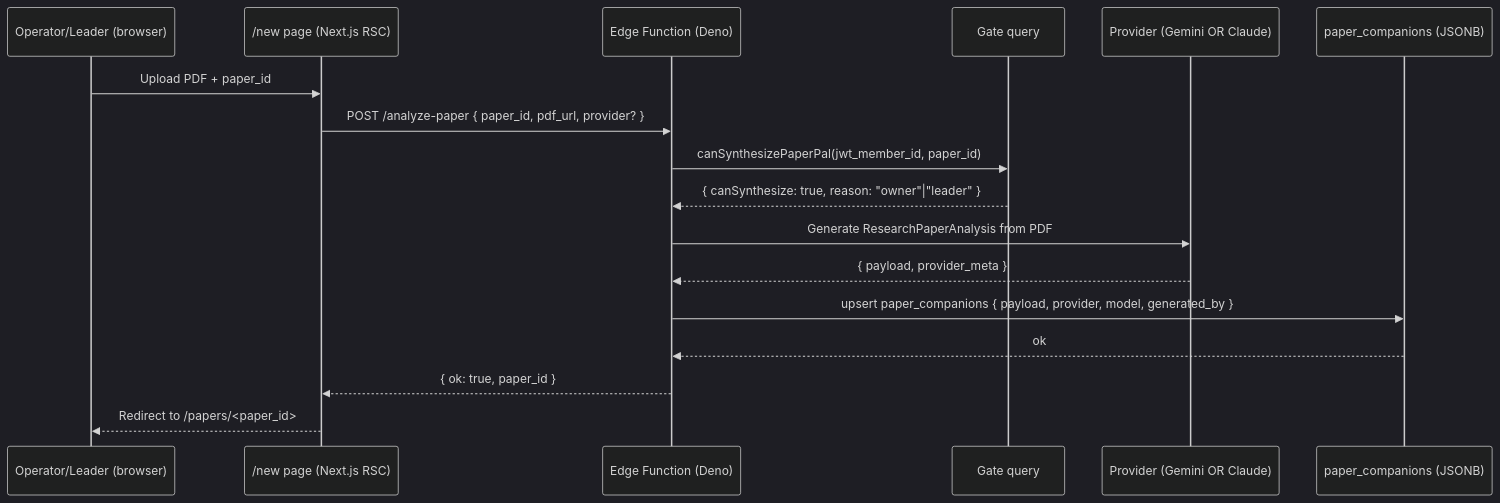
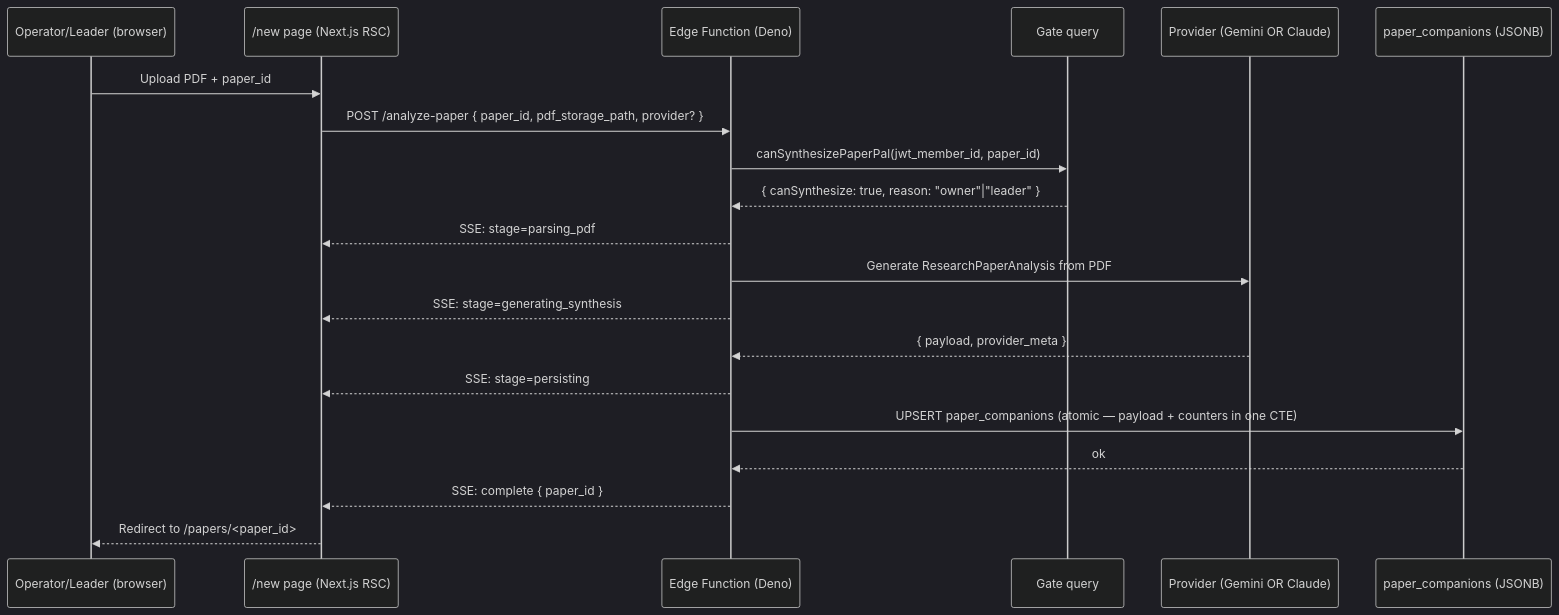
One commit to mrojas54/wids-nyc-reading-group-assistant changed the diagram in docs/superpowers/specs/2026-05-17-paper-pal-edge-functions.md. Above: the diagram before and after it, drawn with Mermaid (dark theme). The commit also changed other lines of this file, not shown here.

First line of the commit message:
docs(paper-pal): address review issues — SSE-over-POST, RLS, backfill

````diff
--- a/docs/superpowers/specs/2026-05-17-paper-pal-edge-functions.md
+++ b/docs/superpowers/specs/2026-05-17-paper-pal-edge-functions.md
@@ -29,20 +29,23 @@
 ```mermaid
 sequenceDiagram
   participant U as Operator/Leader (browser)
   participant N as /new page (Next.js RSC)
   participant EF as Edge Function (Deno)
   participant Q as Gate query
   participant P as Provider (Gemini OR Claude)
   participant DB as paper_companions (JSONB)
 
   U->>N: Upload PDF + paper_id
-  N->>EF: POST /analyze-paper { paper_id, pdf_url, provider? }
+  N->>EF: POST /analyze-paper { paper_id, pdf_storage_path, provider? }
   EF->>Q: canSynthesizePaperPal(jwt_member_id, paper_id)
   Q-->>EF: { canSynthesize: true, reason: "owner"|"leader" }
+  EF-->>N: SSE: stage=parsing_pdf
   EF->>P: Generate ResearchPaperAnalysis from PDF
+  EF-->>N: SSE: stage=generating_synthesis
   P-->>EF: { payload, provider_meta }
-  EF->>DB: upsert paper_companions { payload, provider, model, generated_by }
+  EF-->>N: SSE: stage=persisting
+  EF->>DB: UPSERT paper_companions (atomic — payload + counters in one CTE)
   DB-->>EF: ok
-  EF-->>N: { ok: true, paper_id }
+  EF-->>N: SSE: complete { paper_id }
   N-->>U: Redirect to /papers/<paper_id>
 ```
````
